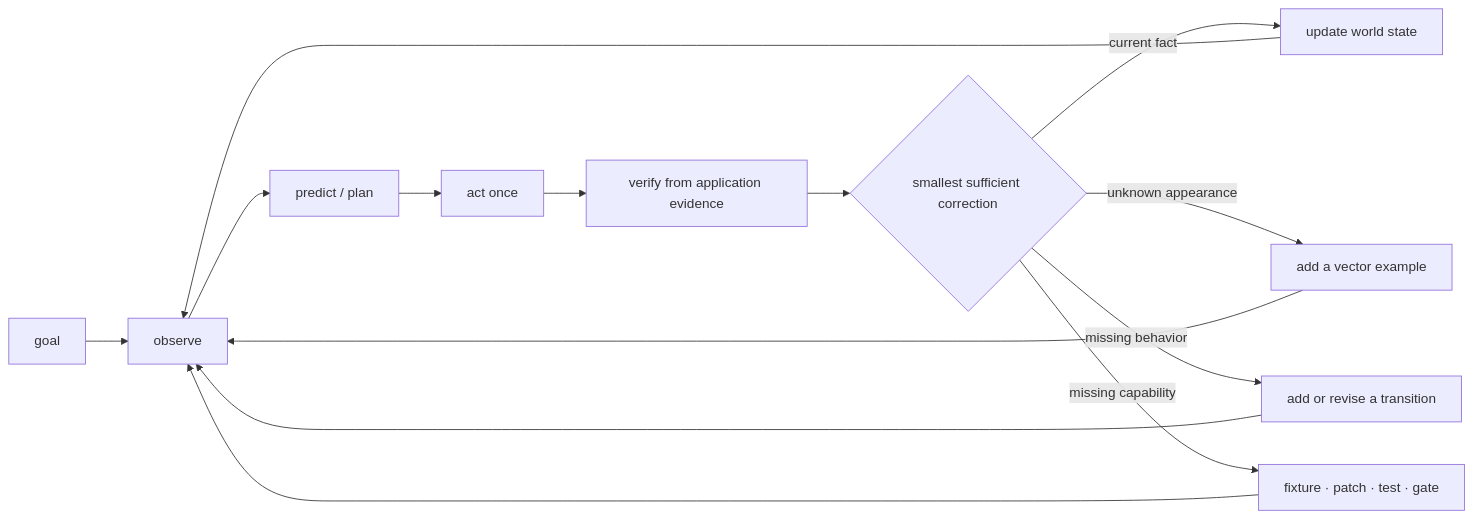
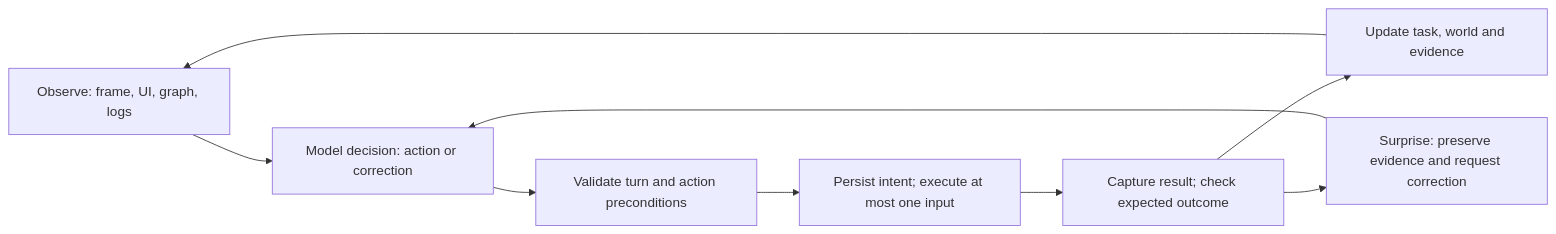
One commit to sergiimo/llm-game-agent changed the diagram in README.md. Above: the diagram before and after it, drawn with Mermaid. The commit also changed other lines of this file, not shown here.

Commit message:
docs: frame game agent as evidence-driven optimisation case study

````diff
--- a/README.md
+++ b/README.md
@@ -32,16 +36,11 @@
 ```mermaid
 flowchart LR
-    G["goal"] --> O["observe"]
-    O --> P["predict / plan"]
-    P --> A["act once"]
-    A --> V["verify from application evidence"]
-    V --> D{"smallest sufficient correction"}
-    D -->|"current fact"| S["update world state"]
-    D -->|"unknown appearance"| M["add a vector example"]
-    D -->|"missing behavior"| T["add or revise a transition"]
-    D -->|"missing capability"| C["fixture · patch · test · gate"]
+    O["Observe: frame, UI, graph, logs"] --> M["Model decision: action or correction"]
+    M --> G["Validate turn and action preconditions"]
+    G --> A["Persist intent; execute at most one input"]
+    A --> V["Capture result; check expected outcome"]
+    V --> S["Update task, world and evidence"]
     S --> O
-    M --> O
-    T --> O
-    C --> O
+    V --> C["Surprise: preserve evidence and request correction"]
+    C --> M
 ```
````
